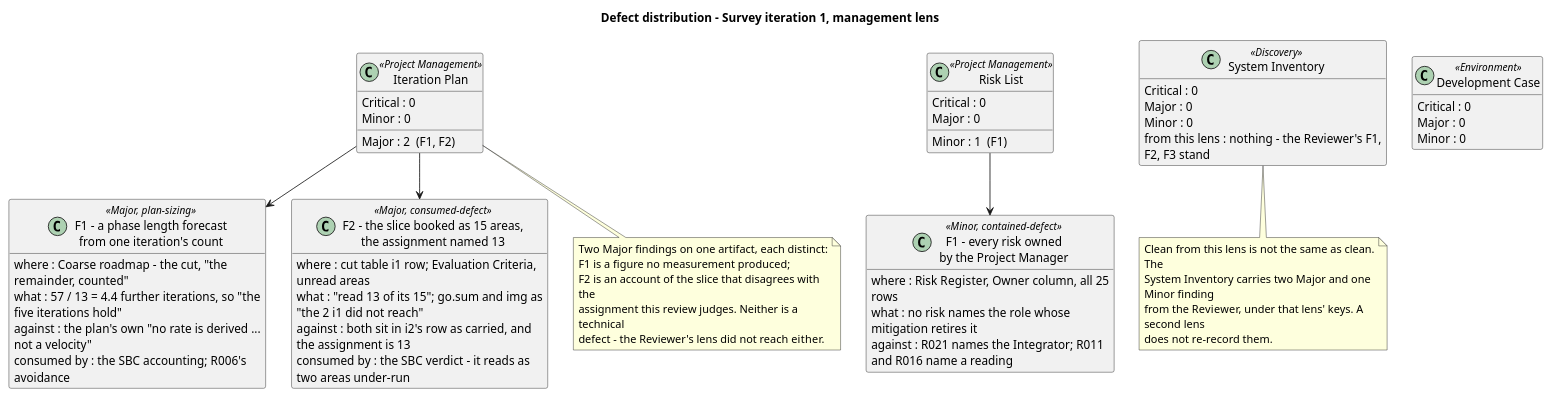
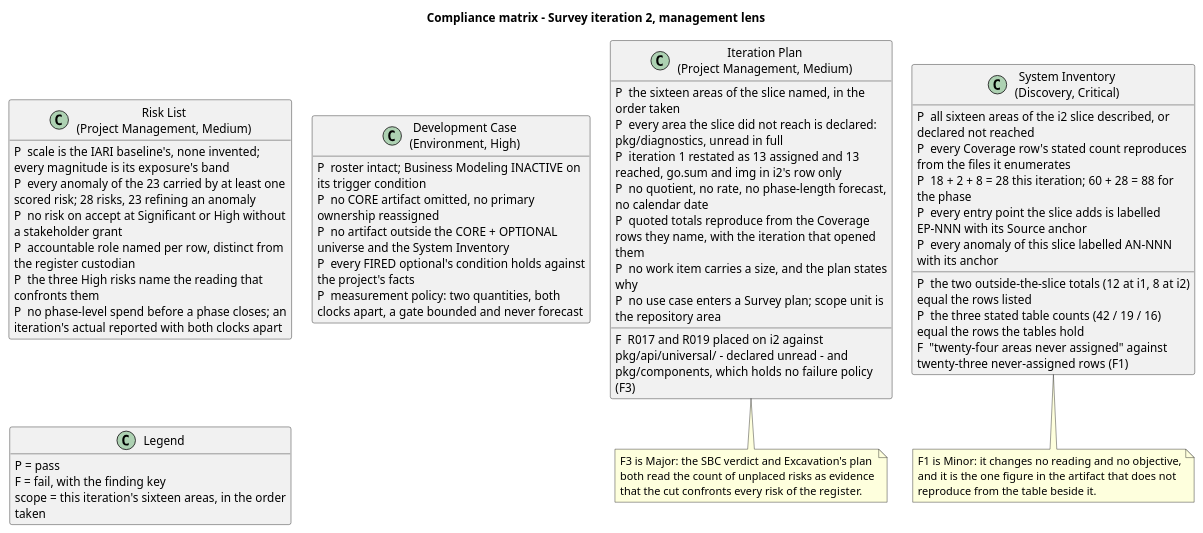
Before and after one commit to banense-test/dapr: the fourth of 12 diagrams in docs/artifacts/project-management/review-record.md, drawn with PlantUML. The commit also changed other lines of this file, not shown here.

Commit message:
Management Reviewer [Survey2]: upsert Review Record
[skip ci]

````diff
--- a/docs/artifacts/project-management/review-record.md
+++ b/docs/artifacts/project-management/review-record.md
@@ -417,74 +417,66 @@
 ```plantuml
 @startuml
-title Defect distribution - Survey iteration 1, management lens
+title Compliance matrix - Survey iteration 2, management lens
 hide empty members
 skinparam classAttributeIconSize 0
-skinparam wrapWidth 300
-skinparam nodesep 30
-skinparam ranksep 40
+skinparam wrapWidth 330
+skinparam nodesep 24
+skinparam ranksep 34
 
-class "Iteration Plan" as IP <<Project Management>> {
-  Critical : 0
-  Major : 2  (F1, F2)
-  Minor : 0
+class "Iteration Plan\n(Project Management, Medium)" as IP {
+  P  the sixteen areas of the slice named, in the order taken
+  P  every area the slice did not reach is declared: pkg/diagnostics, unread in full
+  P  iteration 1 restated as 13 assigned and 13 reached, go.sum and img in i2's row only
+  P  no quotient, no rate, no phase-length forecast, no calendar date
+  P  quoted totals reproduce from the Coverage rows they name, with the iteration that opened them
+  P  no work item carries a size, and the plan states why
+  P  no use case enters a Survey plan; scope unit is the repository area
+  F  R017 and R019 placed on i2 against pkg/api/universal/ - declared unread - and pkg/components, which holds no failure policy (F3)
 }
 
-class "Risk List" as RL <<Project Management>> {
-  Critical : 0
-  Major : 0
-  Minor : 1  (F1)
+class "Risk List\n(Project Management, Medium)" as RL {
+  P  scale is the IARI baseline's, none invented; every magnitude is its exposure's band
+  P  every anomaly of the 23 carried by at least one scored risk; 28 risks, 23 refining an anomaly
+  P  no risk on accept at Significant or High without a stakeholder grant
+  P  accountable role named per row, distinct from the register custodian
+  P  the three High risks name the reading that confronts them
+  P  no phase-level spend before a phase closes; an iteration's actual reported with both clocks apart
 }
 
-class "System Inventory" as SI <<Discovery>> {
-  Critical : 0
-  Major : 0
-  Minor : 0
-  from this lens : nothing - the Reviewer's F1, F2, F3 stand
+class "System Inventory\n(Discovery, Critical)" as SI {
+  P  all sixteen areas of the i2 slice described, or declared not reached
+  P  every Coverage row's stated count reproduces from the files it enumerates
+  P  18 + 2 + 8 = 28 this iteration; 60 + 28 = 88 for the phase
+  P  the two outside-the-slice totals (12 at i1, 8 at i2) equal the rows listed
+  P  the three stated table counts (42 / 19 / 16) equal the rows the tables hold
+  P  every entry point the slice adds is labelled EP-NNN with its Source anchor
+  P  every anomaly of this slice labelled AN-NNN with its anchor
+  F  "twenty-four areas never assigned" against twenty-three never-assigned rows (F1)
 }
 
-class "Development Case" as DC <<Environment>> {
-  Critical : 0
-  Major : 0
-  Minor : 0
+class "Development Case\n(Environment, High)" as DC {
+  P  roster intact; Business Modeling INACTIVE on its trigger condition
+  P  no CORE artifact omitted, no primary ownership reassigned
+  P  no artifact outside the CORE + OPTIONAL universe and the System Inventory
+  P  every FIRED optional's condition holds against the project's facts
+  P  measurement policy: two quantities, both clocks apart, a gate bounded and never forecast
 }
 
-class "F1 - a phase length forecast\nfrom one iteration's count" as M1 <<Major, plan-sizing>> {
-  where : Coarse roadmap - the cut, "the remainder, counted"
-  what : 57 / 13 = 4.4 further iterations, so "the five iterations hold"
-  against : the plan's own "no rate is derived ... not a velocity"
-  consumed by : the SBC accounting; R006's avoidance
+class "Legend" as L {
+  P = pass
+  F = fail, with the finding key
+  scope = this iteration's sixteen areas, in the order taken
 }
 
-class "F2 - the slice booked as 15 areas,\nthe assignment named 13" as M2 <<Major, consumed-defect>> {
-  where : cut table i1 row; Evaluation Criteria, unread areas
-  what : "read 13 of its 15"; go.sum and img as "the 2 i1 did not reach"
-  against : both sit in i2's row as carried, and the assignment is 13
-  consumed by : the SBC verdict - it reads as two areas under-run
-}
-
-class "F1 - every risk owned\nby the Project Manager" as M3 <<Minor, contained-defect>> {
-  where : Risk Register, Owner column, all 25 rows
-  what : no risk names the role whose mitigation retires it
-  against : R021 names the Integrator; R011 and R016 name a reading
-}
-
-IP --> M1
-IP --> M2
-RL --> M3
-
 note bottom of IP
-  Two Major findings on one artifact, each distinct:
-  F1 is a figure no measurement produced;
-  F2 is an account of the slice that disagrees with the
-  assignment this review judges. Neither is a technical
-  defect - the Reviewer's lens did not reach either.
+  F3 is Major: the SBC verdict and Excavation's plan
+  both read the count of unplaced risks as evidence
+  that the cut confronts every risk of the register.
 end note
-
 note bottom of SI
-  Clean from this lens is not the same as clean. The
-  System Inventory carries two Major and one Minor finding
-  from the Reviewer, under that lens' keys. A second lens
-  does not re-record them.
+  F1 is Minor: it changes no reading and no objective,
+  and it is the one figure in the artifact that does not
+  reproduce from the table beside it.
 end note
 @enduml
 ```
````
